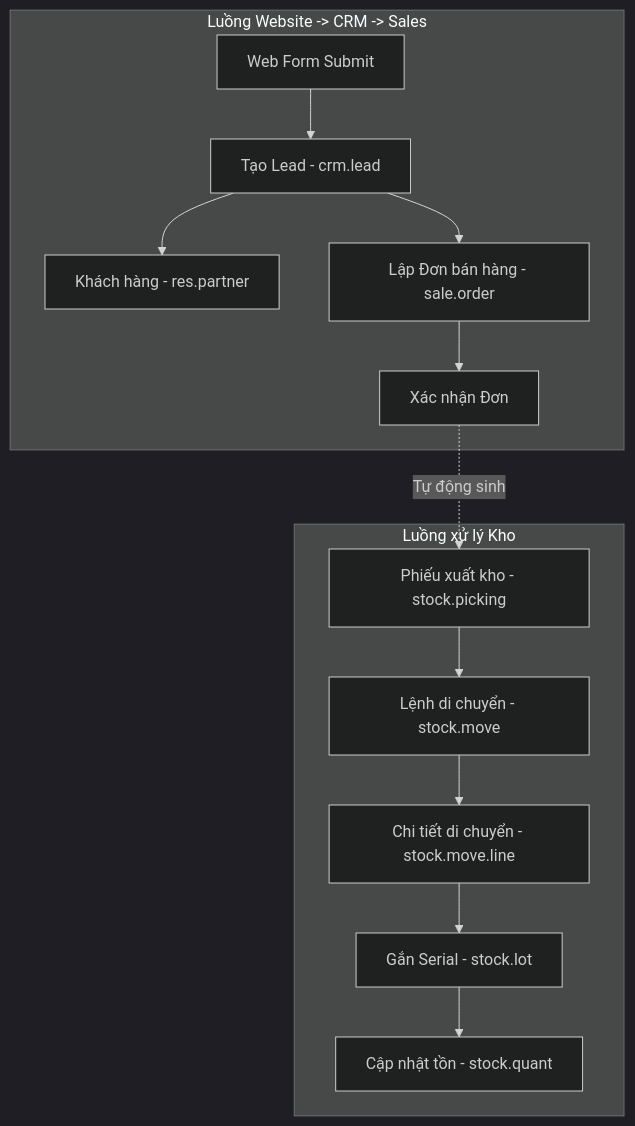
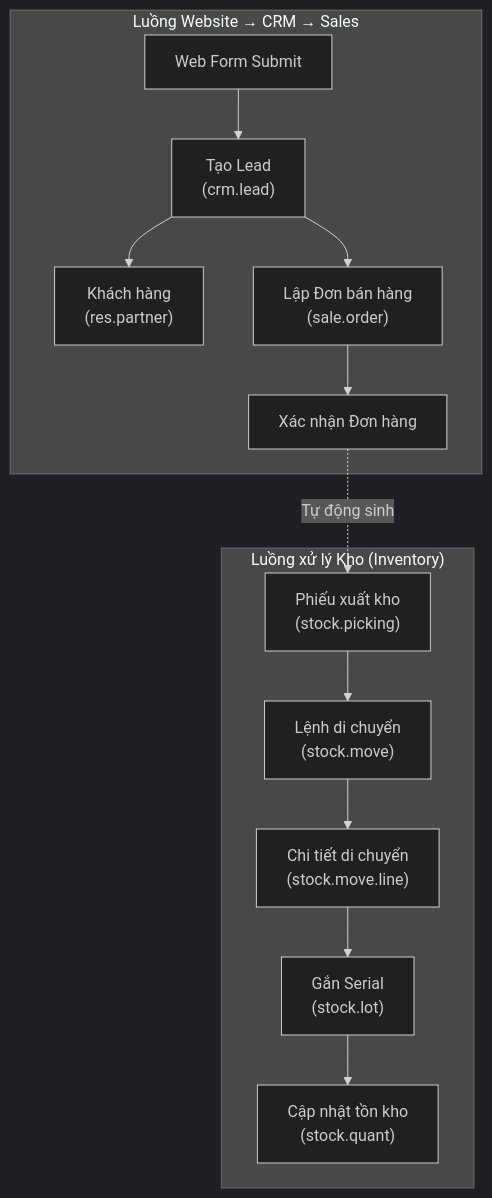
The second of 2 diagrams in docs/ERD.md (vophamk23/Odoo_Project), drawn with Mermaid (dark theme) before and after one commit. The commit also changed other lines of this file and 1 other file, not shown here.

Commit message:
docs: Đồng bộ hoá các trường tuỳ chỉnh và tên Stage giữa ERD, Test Cases và Architecture

````diff
--- a/docs/ERD.md
+++ b/docs/ERD.md
@@ -192,17 +352,17 @@
 ```mermaid
 flowchart TD
-    subgraph CRM_Sales [Luồng Website -> CRM -> Sales]
-        F[Web Form Submit] --> G[Tạo Lead - crm.lead]
-        G --> H[Khách hàng - res.partner]
-        G --> I[Lập Đơn bán hàng - sale.order]
-        I --> J[Xác nhận Đơn]
+    subgraph CRM_Sales ["Luồng Website → CRM → Sales"]
+        F[Web Form Submit] --> G["Tạo Lead\n(crm.lead)"]
+        G --> H["Khách hàng\n(res.partner)"]
+        G --> I["Lập Đơn bán hàng\n(sale.order)"]
+        I --> J[Xác nhận Đơn hàng]
     end
 
-    subgraph Kho [Luồng xử lý Kho]
-        J -. Tự động sinh .-> A[Phiếu xuất kho - stock.picking]
-        A --> B[Lệnh di chuyển - stock.move]
-        B --> C[Chi tiết di chuyển - stock.move.line]
-        C --> D[Gắn Serial - stock.lot]
-        D --> E[Cập nhật tồn - stock.quant]
+    subgraph Kho ["Luồng xử lý Kho (Inventory)"]
+        J -. "Tự động sinh" .-> A["Phiếu xuất kho\n(stock.picking)"]
+        A --> B["Lệnh di chuyển\n(stock.move)"]
+        B --> C["Chi tiết di chuyển\n(stock.move.line)"]
+        C --> D["Gắn Serial\n(stock.lot)"]
+        D --> E["Cập nhật tồn kho\n(stock.quant)"]
     end
 ```
````
